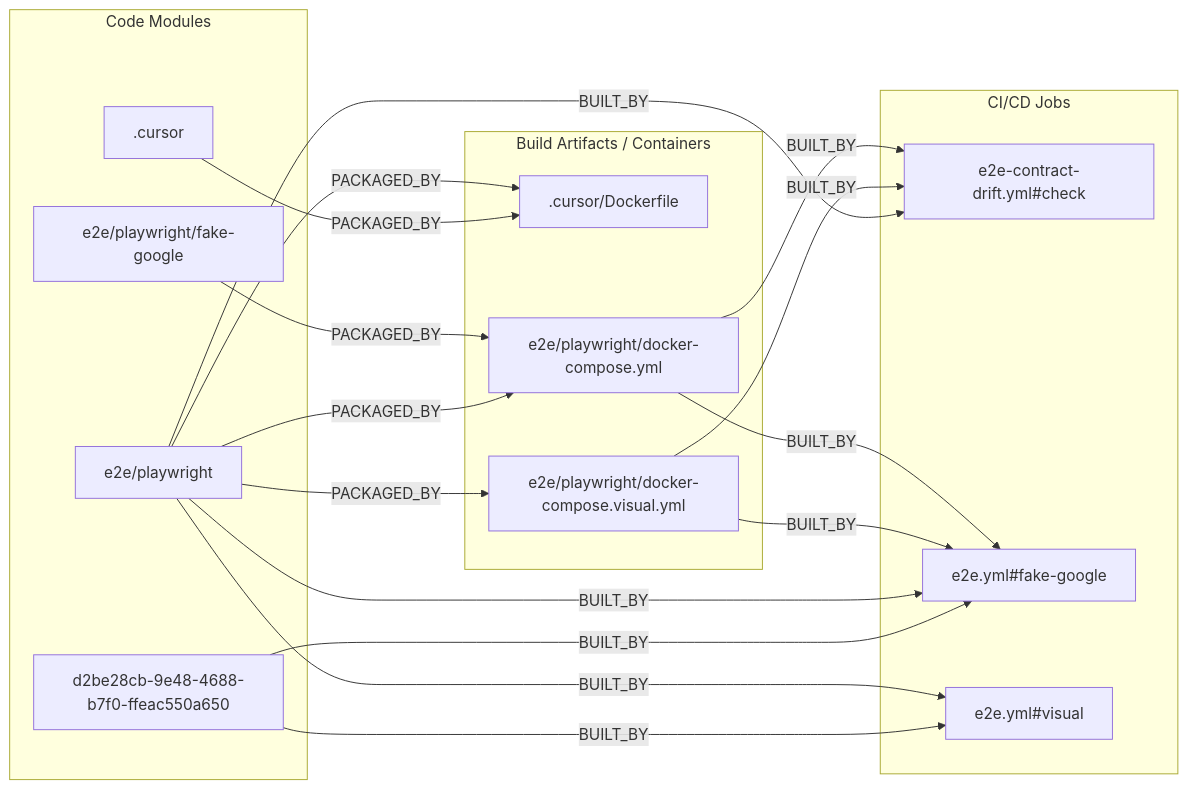
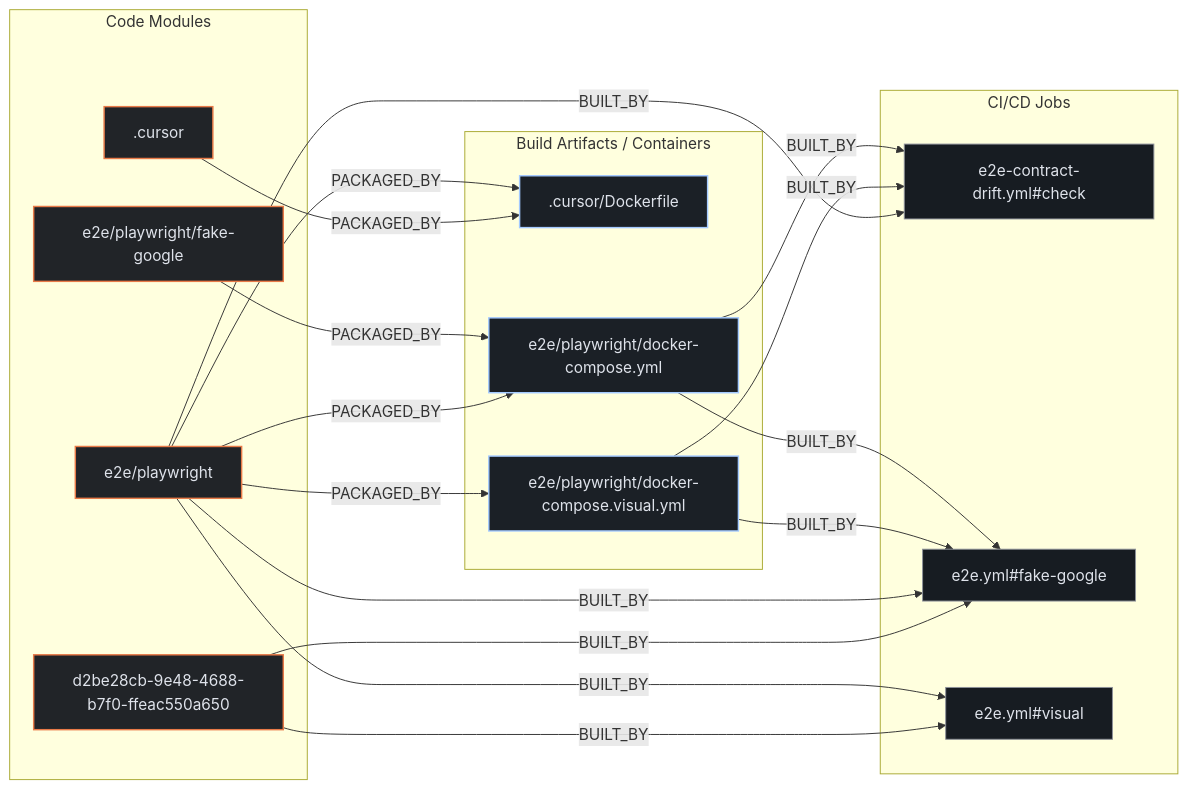
The second of 3 diagrams in exports/latest/reports/mattermost-mattermost-plugin-google-calendar-report.md (kumarshaz/atruss-code-atlas), drawn with Mermaid before and after one commit. The commit also changed other lines of this file and 331 other files, not shown here.

Commit message:
docs,ui,fix: update SDLC docs, reorder CI/CD DAG first, stylize Mermaid, and fix Arc42 pipeline topology

````diff
--- a/exports/latest/reports/mattermost-mattermost-plugin-google-calendar-report.md
+++ b/exports/latest/reports/mattermost-mattermost-plugin-google-calendar-report.md
@@ -147,33 +154,37 @@
 ```mermaid
 flowchart LR
+    classDef atlasCategory fill:#212428,stroke:#E87A48,stroke-width:1.5px,color:#dfe3eb
+    classDef atlasWorkflow fill:#1b2026,stroke:#a3c9ff,stroke-width:1.5px,color:#dfe3eb
+    classDef atlasJob fill:#171c22,stroke:#8d9199,stroke-width:1px,color:#dfe3eb
+    classDef atlasTarget fill:#005227,stroke:#8bd99b,stroke-width:1.5px,color:#a7f6b6
     subgraph code_modules["Code Modules"]
-        mod__cursor[".cursor"]
-        mod_d2be28cb_9e48_4688_b7f0_ffeac550a650["d2be28cb-9e48-4688-b7f0-ffeac550a650"]
-        mod_e2e_playwright["e2e/playwright"]
-        mod_e2e_playwright_fake_google["e2e/playwright/fake-google"]
+        mod__cursor[".cursor"]:::atlasCategory
+        mod_d2be28cb_9e48_4688_b7f0_ffeac550a650["d2be28cb-9e48-4688-b7f0-ffeac550a650"]:::atlasCategory
+        mod_e2e_playwright["e2e/playwright"]:::atlasCategory
+        mod_e2e_playwright_fake_google["e2e/playwright/fake-google"]:::atlasCategory
     end
     subgraph build_artifacts["Build Artifacts / Containers"]
-        art__cursor_Dockerfile[".cursor/Dockerfile"]
-        art_e2e_playwright_docker_compose_visual_yml["e2e/playwright/docker-compose.visual.yml"]
-        art_e2e_playwright_docker_compose_yml["e2e/playwright/docker-compose.yml"]
+        art__cursor_Dockerfile[".cursor/Dockerfile"]:::atlasWorkflow
+        art_e2e_playwright_docker_compose_visual_yml["e2e/playwright/docker-compose.visual.yml"]:::atlasWorkflow
+        art_e2e_playwright_docker_compose_yml["e2e/playwright/docker-compose.yml"]:::atlasWorkflow
     end
     subgraph ci_jobs["CI/CD Jobs"]
-        job_e2e_contract_drift_yml_check["e2e-contract-drift.yml#check"]
-        job_e2e_yml_fake_google["e2e.yml#fake-google"]
-        job_e2e_yml_visual["e2e.yml#visual"]
+        job_e2e_contract_drift_yml_check["e2e-contract-drift.yml#check"]:::atlasJob
+        job_e2e_yml_fake_google["e2e.yml#fake-google"]:::atlasJob
+        job_e2e_yml_visual["e2e.yml#visual"]:::atlasJob
     end
     mod__cursor -->|PACKAGED_BY| art__cursor_Dockerfile
     mod_d2be28cb_9e48_4688_b7f0_ffeac550a650 -->|BUILT_BY| job_e2e_yml_fake_google
     mod_d2be28cb_9e48_4688_b7f0_ffeac550a650 -->|BUILT_BY| job_e2e_yml_visual
     mod_e2e_playwright -->|BUILT_BY| job_e2e_contract_drift_yml_check
     mod_e2e_playwright -->|BUILT_BY| job_e2e_yml_fake_google
     mod_e2e_playwright -->|BUILT_BY| job_e2e_yml_visual
     mod_e2e_playwright -->|PACKAGED_BY| art__cursor_Dockerfile
     mod_e2e_playwright -->|PACKAGED_BY| art_e2e_playwright_docker_compose_visual_yml
     mod_e2e_playwright -->|PACKAGED_BY| art_e2e_playwright_docker_compose_yml
     mod_e2e_playwright_fake_google -->|PACKAGED_BY| art_e2e_playwright_docker_compose_yml
     art_e2e_playwright_docker_compose_visual_yml -->|BUILT_BY| job_e2e_contract_drift_yml_check
     art_e2e_playwright_docker_compose_visual_yml -->|BUILT_BY| job_e2e_yml_fake_google
     art_e2e_playwright_docker_compose_yml -->|BUILT_BY| job_e2e_contract_drift_yml_check
     art_e2e_playwright_docker_compose_yml -->|BUILT_BY| job_e2e_yml_fake_google
 ```
````
